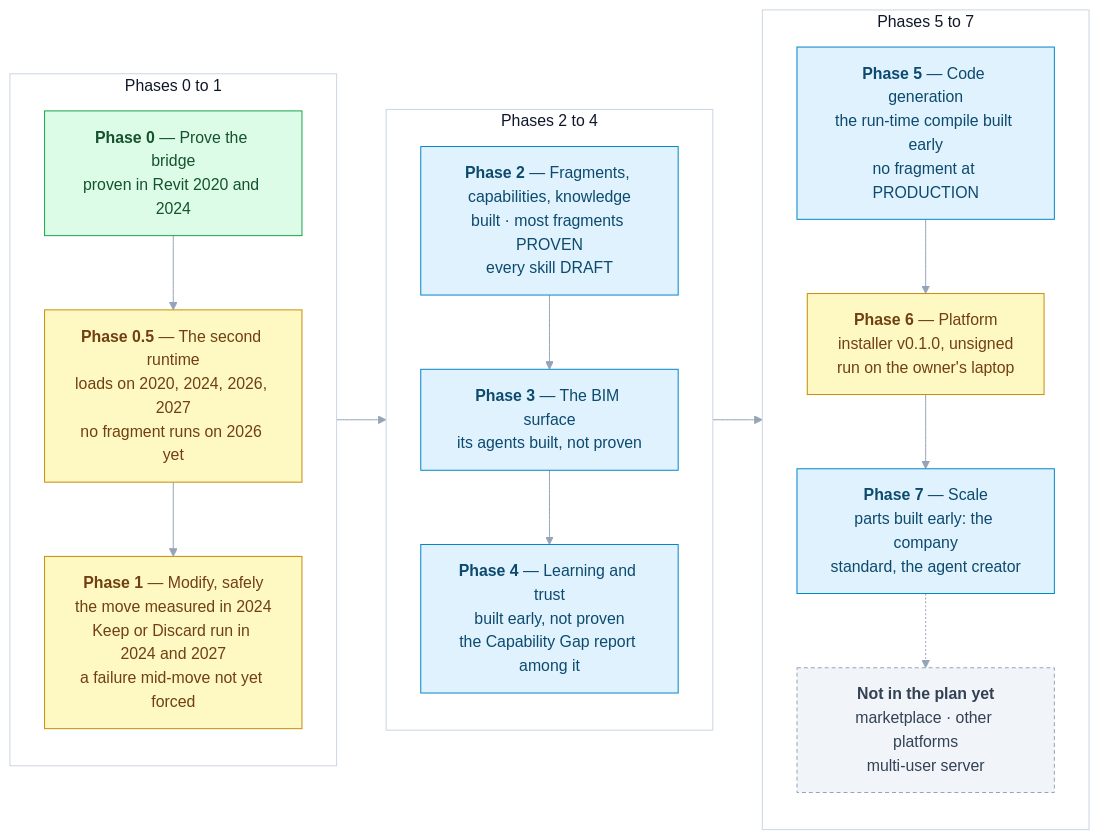
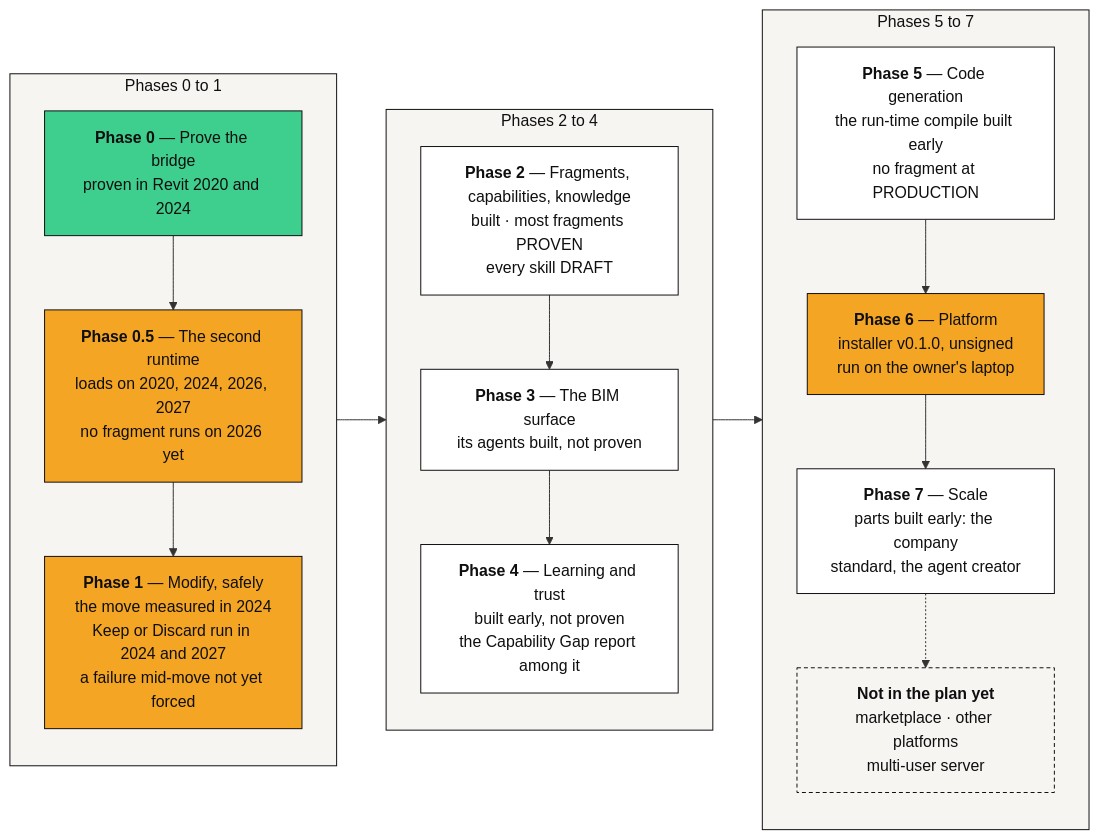
Before and after one commit to Ajmalpshaik/Heron-AI: the first of 2 diagrams in docs/ROADMAP.md, drawn with Mermaid. The commit also changed other lines of this file and 44 other files, not shown here.

First line of the commit message:
Diagrams in the other docs move to the brand palette (D-149, #1116)

````diff
--- a/docs/ROADMAP.md
+++ b/docs/ROADMAP.md
@@ -34,39 +34,38 @@
 ```mermaid
-%%{init: {"themeVariables": {"edgeLabelBackground":"#F1F5F9","lineColor":"#94A3B8","textColor":"#0F172A","tertiaryTextColor":"#0F172A"}}}%%
 flowchart LR
     subgraph A ["Phases 0 to 1"]
         direction TB
         P0["<b>Phase 0</b> — Prove the bridge<br/>proven in Revit 2020 and 2024"]
         P05["<b>Phase 0.5</b> — The second runtime<br/>loads on 2020, 2024, 2026, 2027<br/>no fragment runs on 2026 yet"]
         P1["<b>Phase 1</b> — Modify, safely<br/>the move measured in 2024<br/>Keep or Discard run in 2024 and 2027<br/>a failure mid-move not yet forced"]
         P0 --> P05 --> P1
     end
     subgraph B ["Phases 2 to 4"]
         direction TB
         P2["<b>Phase 2</b> — Fragments, capabilities, knowledge<br/>built · most fragments PROVEN<br/>every skill DRAFT"]
         P3["<b>Phase 3</b> — The BIM surface<br/>its agents built, not proven"]
         P4["<b>Phase 4</b> — Learning and trust<br/>built early, not proven<br/>the Capability Gap report among it"]
         P2 --> P3 --> P4
     end
     subgraph C ["Phases 5 to 7"]
         direction TB
         P5["<b>Phase 5</b> — Code generation<br/>the run-time compile built early<br/>no fragment at PRODUCTION"]
         P6["<b>Phase 6</b> — Platform<br/>installer v0.1.0, unsigned<br/>run on the owner's laptop"]
         P7["<b>Phase 7</b> — Scale<br/>parts built early: the company<br/>standard, the agent creator"]
         DF["<b>Not in the plan yet</b><br/>marketplace · other platforms<br/>multi-user server"]
         P5 --> P6 --> P7 -.-> DF
     end
     A --> B --> C
 
-    classDef proven fill:#DCFCE7,stroke:#16A34A,color:#14532D
-    classDef measured fill:#FEF9C3,stroke:#CA8A04,color:#713F12
-    classDef built fill:#E0F2FE,stroke:#0284C7,color:#0C4A6E
-    classDef notbuilt fill:#F1F5F9,stroke:#94A3B8,color:#334155,stroke-dasharray:4 3
+    classDef proven fill:#3ECF8E,stroke:#0F0F10,color:#0F0F10
+    classDef measured fill:#F5A524,stroke:#0F0F10,color:#0F0F10
+    classDef built fill:#FFFFFF,stroke:#0F0F10,color:#0F0F10
+    classDef notbuilt fill:#F7F5F2,stroke:#0F0F10,color:#0F0F10,stroke-dasharray:4 3
     class P0 proven
     class P05,P1,P6 measured
     class P2,P3,P4,P5,P7 built
     class DF notbuilt
-    style A fill:#FFFFFF,stroke:#CBD5E1,color:#0F172A
-    style B fill:#FFFFFF,stroke:#CBD5E1,color:#0F172A
-    style C fill:#FFFFFF,stroke:#CBD5E1,color:#0F172A
+    style A fill:#F7F5F2,stroke:#0F0F10,color:#0F0F10
+    style B fill:#F7F5F2,stroke:#0F0F10,color:#0F0F10
+    style C fill:#F7F5F2,stroke:#0F0F10,color:#0F0F10
 ```
````
